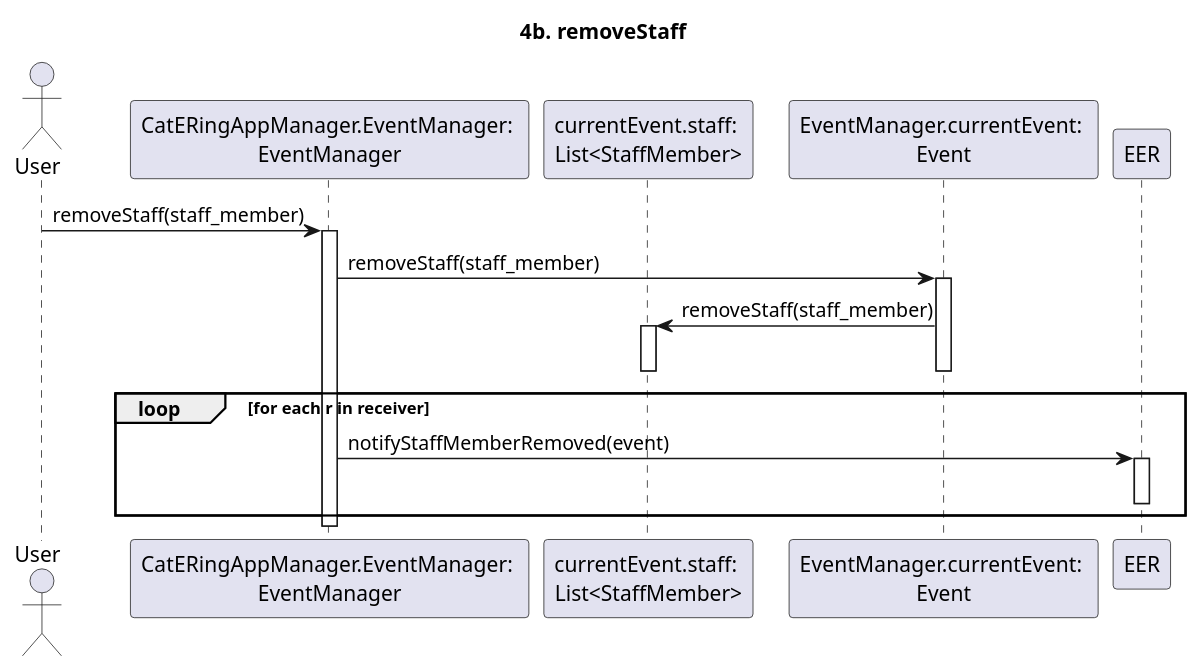
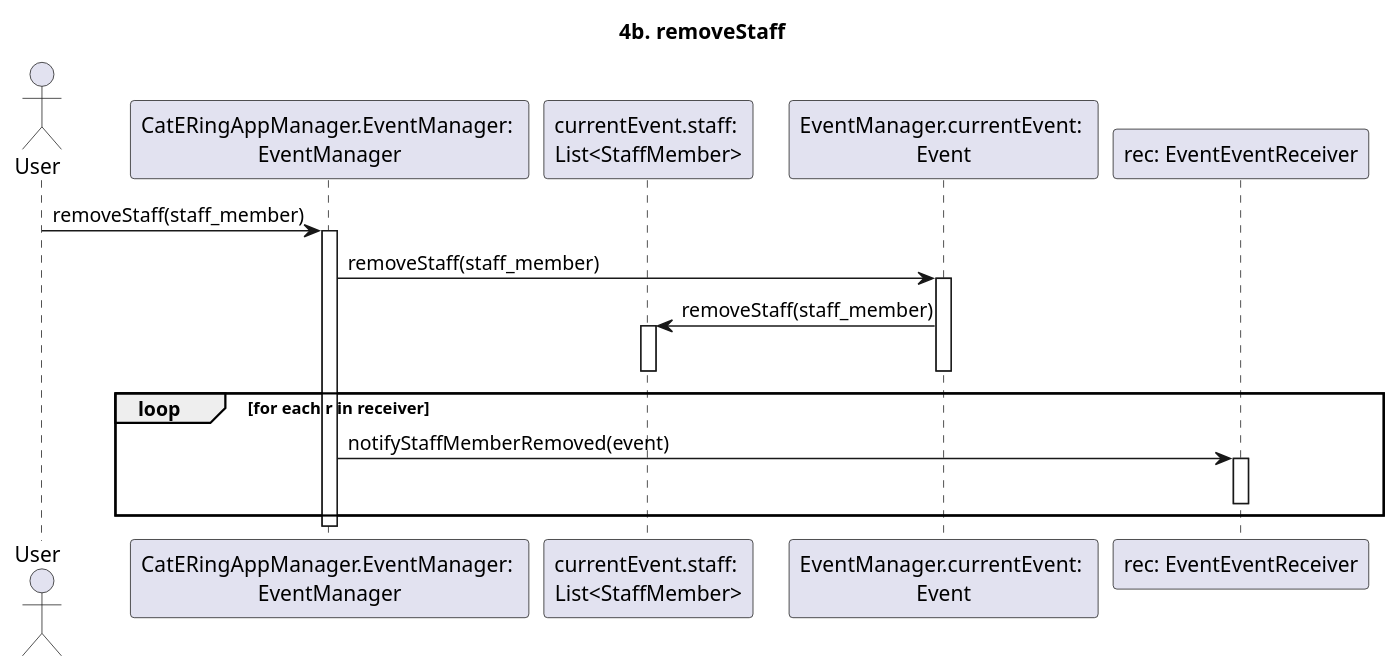
Before and after one commit to m0canu1/sas: the diagram in dsd/dsd-eventi/estensioniEcc/4b-removeStaff.md, drawn with PlantUML. The commit also changed 3 other files, not shown here.

````diff
--- a/dsd/dsd-eventi/estensioniEcc/4b-removeStaff.md
+++ b/dsd/dsd-eventi/estensioniEcc/4b-removeStaff.md
@@ -1,28 +1,28 @@
 ```plantuml
 
 title: 4b. removeStaff
 
 Actor User
 Participant "CatERingAppManager.EventManager: \nEventManager" as EM
 Participant "currentEvent.staff: \nList<StaffMember>" as SM
 Participant "EventManager.currentEvent: \nEvent" as CE
-
+Participant "rec: EventEventReceiver" as EER
 User -> EM: removeStaff(staff_member)
 Activate EM
 
 EM -> CE: removeStaff(staff_member)
 Activate CE
   CE -> SM: removeStaff(staff_member)
   Activate SM
   Deactivate SM
 Deactivate CE
 
 loop for each r in receiver
     EM -> EER: notifyStaffMemberRemoved(event)
     Activate EER
     Deactivate EER
 end
 
 Deactivate EM
 
 ```
````
